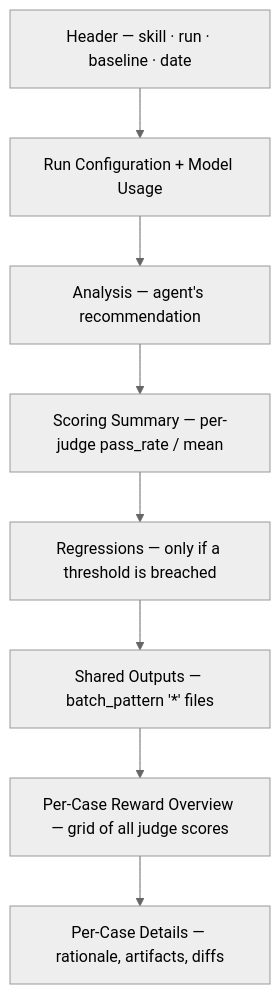
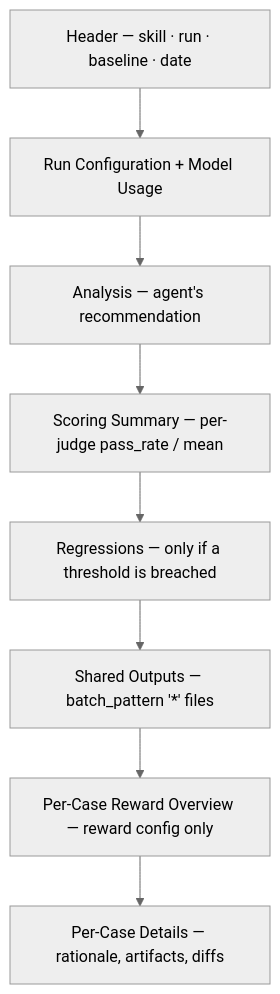
The diagram in website/get-started/reading-the-report.md (GuyZivRH/agent-eval-harness), drawn with Mermaid (neutral theme) before and after one commit. The commit also changed other lines of this file and 4 other files, not shown here.

````diff
--- a/website/get-started/reading-the-report.md
+++ b/website/get-started/reading-the-report.md
@@ -45,10 +45,10 @@
 ```mermaid
 flowchart TD
     H[Header — skill · run · baseline · date] --> RC[Run Configuration + Model Usage]
     RC --> AN[Analysis — agent's recommendation]
     AN --> SS[Scoring Summary — per-judge pass_rate / mean]
     SS --> RG[Regressions — only if a threshold is breached]
     RG --> SO[Shared Outputs — batch_pattern '*' files]
-    SO --> RO[Per-Case Reward Overview — grid of all judge scores]
+    SO --> RO["Per-Case Reward Overview — reward config only"]
     RO --> PC[Per-Case Details — rationale, artifacts, diffs]
 ```
````
